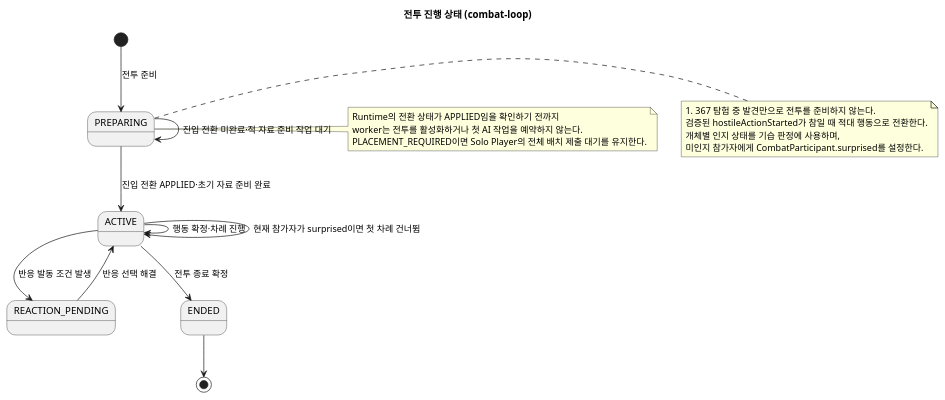
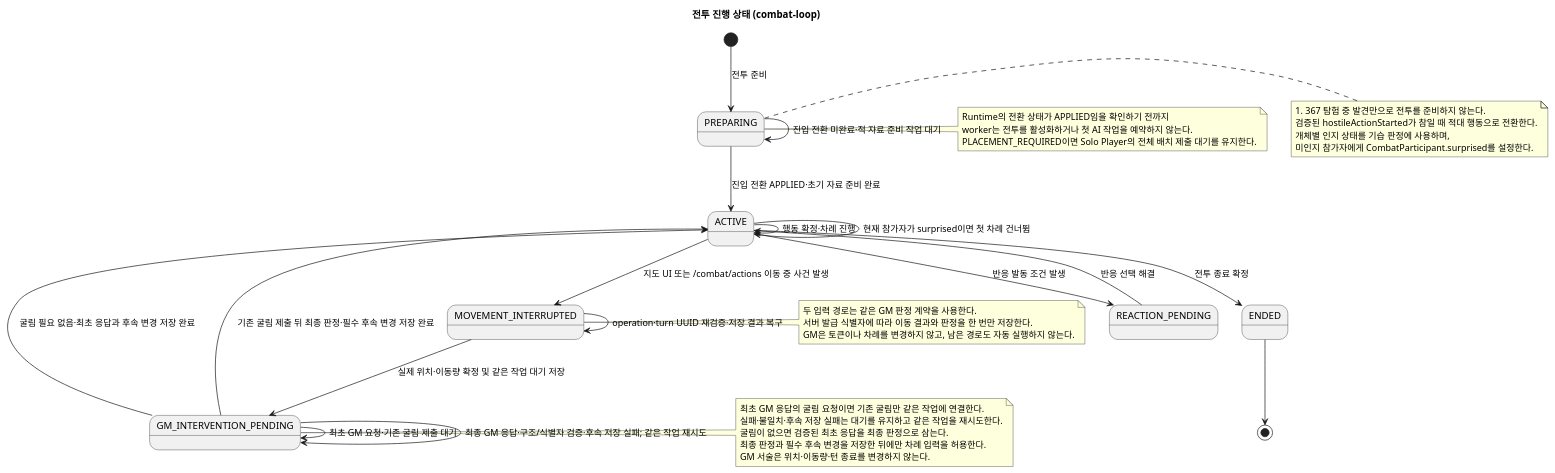
One commit to omegafrog/dnd-master changed the diagram in docs/contracts/diagrams/combat-loop.state.puml. Above: the diagram before and after it, drawn with PlantUML. The commit also changed 61 other files, not shown here.

Commit message:
Persist pending GM rulings across movement retries

```diff
--- a/docs/contracts/diagrams/combat-loop.state.puml
+++ b/docs/contracts/diagrams/combat-loop.state.puml
@@ -1,23 +1,42 @@
 @startuml
  title 전투 진행 상태 (combat-loop)
  [*] --> PREPARING : 전투 준비
  note right of PREPARING
    #367 탐험 중 발견만으로 전투를 준비하지 않는다.
    검증된 hostileActionStarted가 참일 때 적대 행동으로 전환한다.
    개체별 인지 상태를 기습 판정에 사용하며,
    미인지 참가자에게 CombatParticipant.surprised를 설정한다.
  end note
  PREPARING --> PREPARING : 진입 전환 미완료·적 자료 준비 작업 대기
  PREPARING --> ACTIVE : 진입 전환 APPLIED·초기 자료 준비 완료
  note right of PREPARING
    Runtime의 전환 상태가 APPLIED임을 확인하기 전까지
    worker는 전투를 활성화하거나 첫 AI 작업을 예약하지 않는다.
    PLACEMENT_REQUIRED이면 Solo Player의 전체 배치 제출 대기를 유지한다.
  end note
  ACTIVE --> REACTION_PENDING : 반응 발동 조건 발생
  REACTION_PENDING --> ACTIVE : 반응 선택 해결
  ACTIVE --> ACTIVE : 행동 확정·차례 진행
+ ACTIVE --> MOVEMENT_INTERRUPTED : 지도 UI 또는 /combat/actions 이동 중 사건 발생
+ MOVEMENT_INTERRUPTED --> MOVEMENT_INTERRUPTED : operation·turn UUID 재검증·저장 결과 복구
+ MOVEMENT_INTERRUPTED --> GM_INTERVENTION_PENDING : 실제 위치·이동량 확정 및 같은 작업 대기 저장
+ GM_INTERVENTION_PENDING --> GM_INTERVENTION_PENDING : 최초 GM 요청·기존 굴림 제출 대기
+ GM_INTERVENTION_PENDING --> GM_INTERVENTION_PENDING : 최종 GM 응답·구조/식별자 검증·후속 저장 실패; 같은 작업 재시도
+ GM_INTERVENTION_PENDING --> ACTIVE : 굴림 필요 없음·최초 응답과 후속 변경 저장 완료
+ GM_INTERVENTION_PENDING --> ACTIVE : 기존 굴림 제출 뒤 최종 판정·필수 후속 변경 저장 완료
+ note right of MOVEMENT_INTERRUPTED
+   두 입력 경로는 같은 GM 판정 계약을 사용한다.
+   서버 발급 식별자에 따라 이동 결과와 판정을 한 번만 저장한다.
+   GM은 토큰이나 차례를 변경하지 않고, 남은 경로도 자동 실행하지 않는다.
+ end note
+ note right of GM_INTERVENTION_PENDING
+   최초 GM 응답의 굴림 요청이면 기존 굴림만 같은 작업에 연결한다.
+   실패·불일치·후속 저장 실패는 대기를 유지하고 같은 작업을 재시도한다.
+   굴림이 없으면 검증된 최초 응답을 최종 판정으로 삼는다.
+   최종 판정과 필수 후속 변경을 저장한 뒤에만 차례 입력을 허용한다.
+   GM 서술은 위치·이동량·턴 종료를 변경하지 않는다.
+ end note
  ACTIVE --> ACTIVE : 현재 참가자가 surprised이면 첫 차례 건너뜀
  ACTIVE --> ENDED : 전투 종료 확정
  ENDED --> [*]
 @enduml
```
